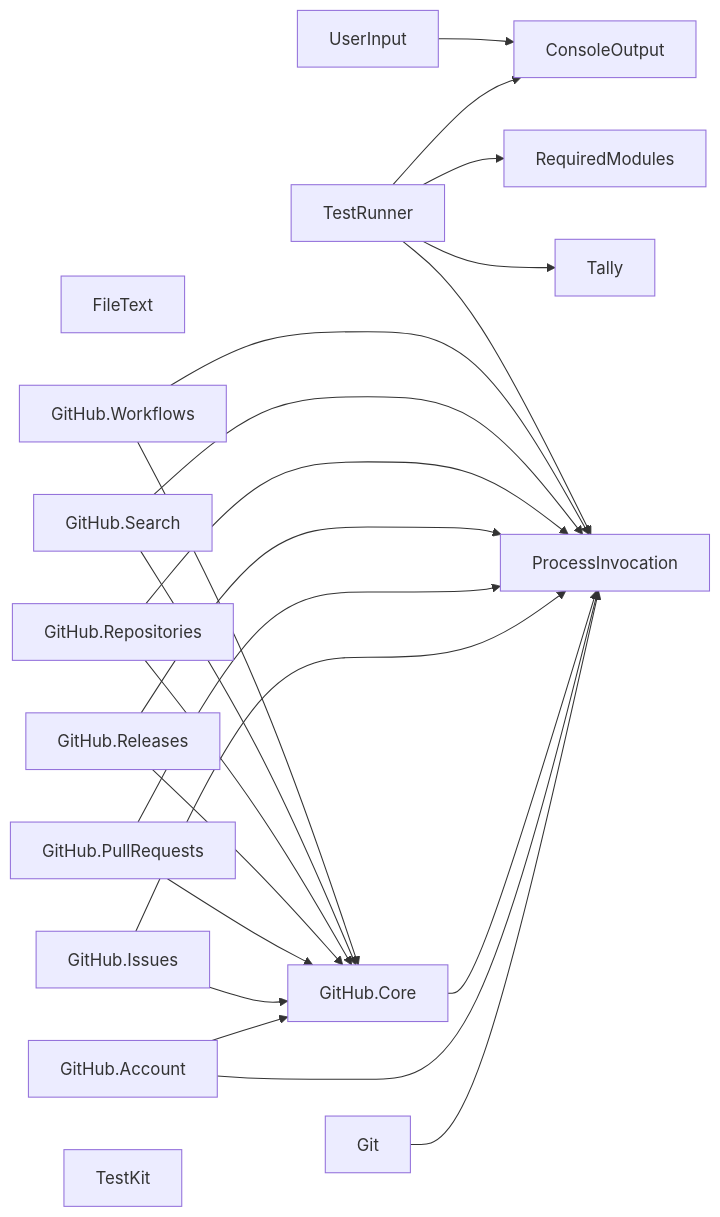
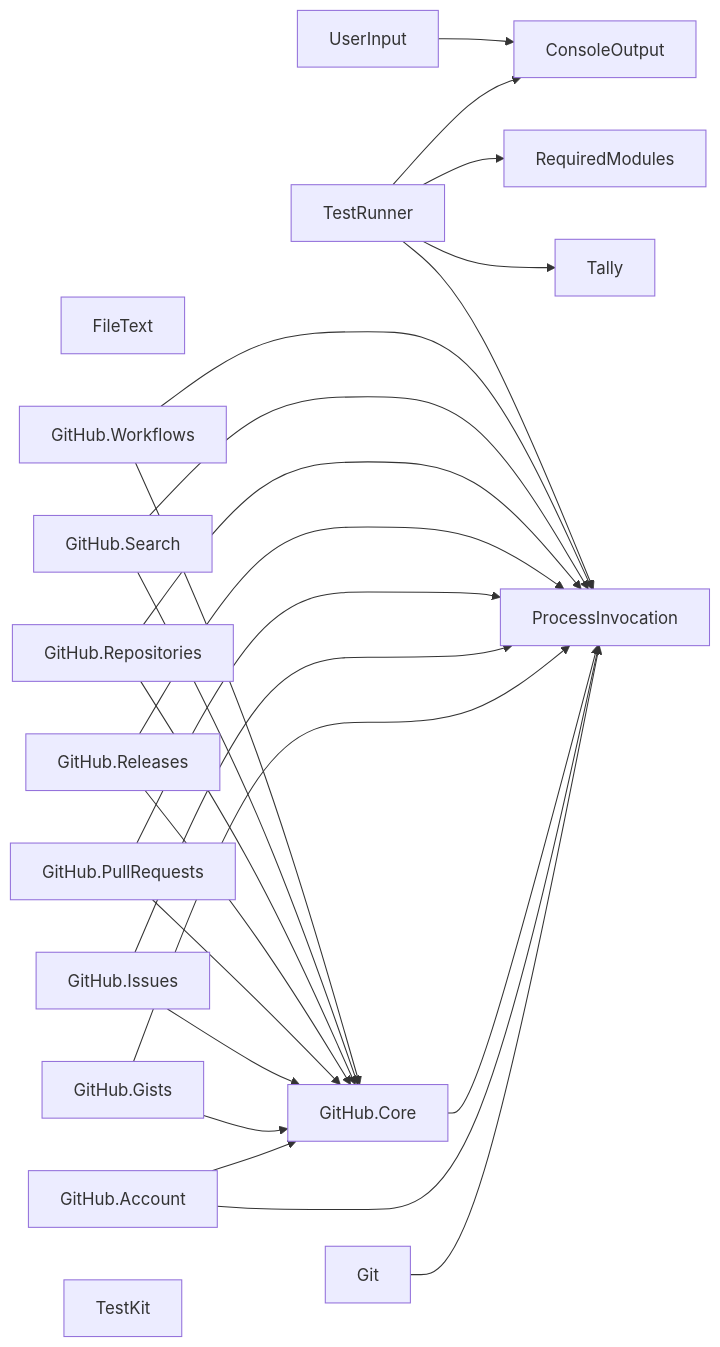
One commit to TaffarelJr/powershell-modules changed the diagram in README.md. Above: the diagram before and after it, drawn with Mermaid. The commit also changed other lines of this file and 16 other files, not shown here.

First line of the commit message:
feat: add the TaffarelJr.GitHub.Gists module

````diff
--- a/README.md
+++ b/README.md
@@ -40,42 +41,45 @@
 ```mermaid
 graph LR
     ConsoleOutput["ConsoleOutput"]
     FileText["FileText"]
     Git["Git"]
     GitHubAccount["GitHub.Account"]
     GitHubCore["GitHub.Core"]
+    GitHubGists["GitHub.Gists"]
     GitHubIssues["GitHub.Issues"]
     GitHubPullRequests["GitHub.PullRequests"]
     GitHubReleases["GitHub.Releases"]
     GitHubRepositories["GitHub.Repositories"]
     GitHubSearch["GitHub.Search"]
     GitHubWorkflows["GitHub.Workflows"]
     ProcessInvocation["ProcessInvocation"]
     RequiredModules["RequiredModules"]
     Tally["Tally"]
     TestKit["TestKit"]
     TestRunner["TestRunner"]
     UserInput["UserInput"]
 
     Git --> ProcessInvocation
     GitHubAccount --> GitHubCore
     GitHubAccount --> ProcessInvocation
     GitHubCore --> ProcessInvocation
+    GitHubGists --> GitHubCore
+    GitHubGists --> ProcessInvocation
     GitHubIssues --> GitHubCore
     GitHubIssues --> ProcessInvocation
     GitHubPullRequests --> GitHubCore
     GitHubPullRequests --> ProcessInvocation
     GitHubReleases --> GitHubCore
     GitHubReleases --> ProcessInvocation
     GitHubRepositories --> GitHubCore
     GitHubRepositories --> ProcessInvocation
     GitHubSearch --> GitHubCore
     GitHubSearch --> ProcessInvocation
     GitHubWorkflows --> GitHubCore
     GitHubWorkflows --> ProcessInvocation
     TestRunner --> ConsoleOutput
     TestRunner --> ProcessInvocation
     TestRunner --> RequiredModules
     TestRunner --> Tally
     UserInput --> ConsoleOutput
 ```
````
